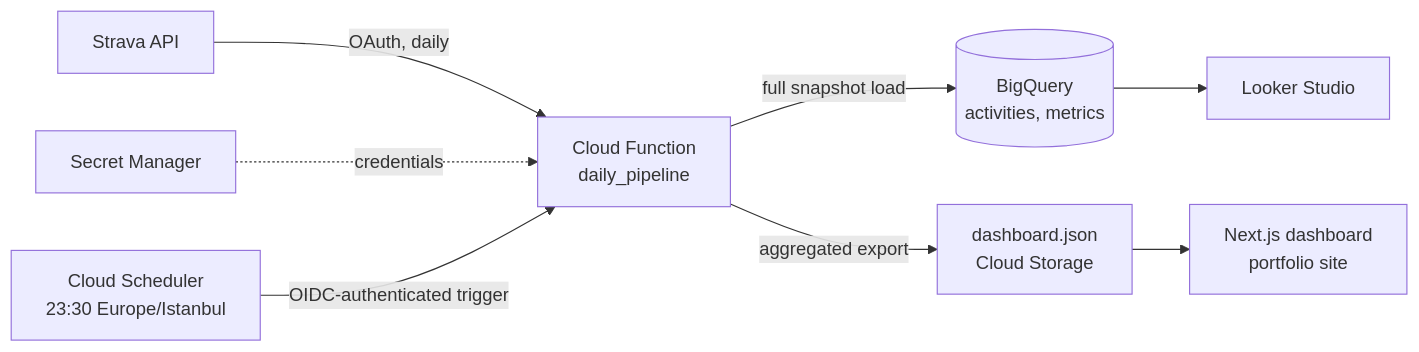
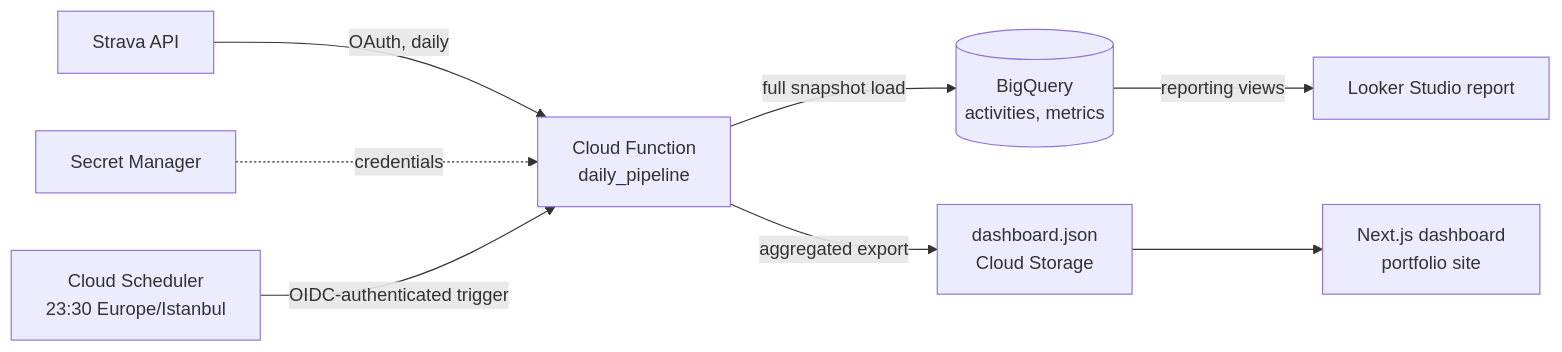
Before and after one commit to ac-ozdemir/training-performance-dashboard: the diagram in README.md, drawn with Mermaid. The commit also changed other lines of this file and 1 other file, not shown here.

````diff
--- a/README.md
+++ b/README.md
@@ -13,10 +19,10 @@
 ```mermaid
 flowchart LR
     S[Strava API] -->|OAuth, daily| F[Cloud Function<br/>daily_pipeline]
     SM[Secret Manager] -.->|credentials| F
     C[Cloud Scheduler<br/>23:30 Europe/Istanbul] -->|OIDC-authenticated trigger| F
     F -->|full snapshot load| BQ[(BigQuery<br/>activities, metrics)]
     F -->|aggregated export| J[dashboard.json<br/>Cloud Storage]
     J --> D[Next.js dashboard<br/>portfolio site]
-    BQ --> L[Looker Studio]
+    BQ -->|reporting views| L[Looker Studio report]
 ```
````
